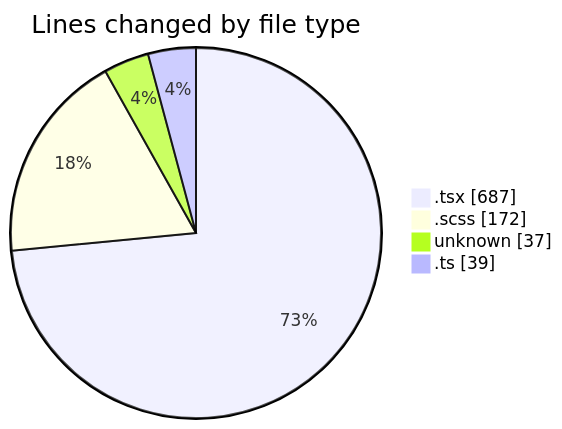
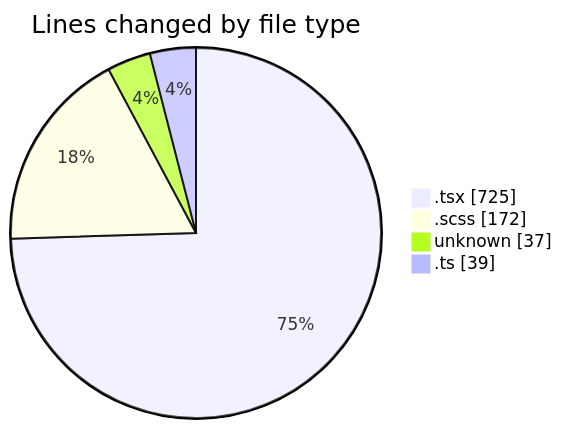
One commit to momahboobian/code-tracking changed the first of 2 diagrams in 2025-09-16/cda/README.md. Above: the diagram before and after it, drawn with Mermaid. The commit also changed other lines of this file and 1 other file, not shown here.

````diff
--- a/2025-09-16/cda/README.md
+++ b/2025-09-16/cda/README.md
@@ -24,8 +24,8 @@
 ```mermaid
 pie showData
 title Lines changed by file type
-".tsx" : 687
+".tsx" : 725
 ".scss" : 172
 "unknown" : 37
 ".ts" : 39
 ```
````
